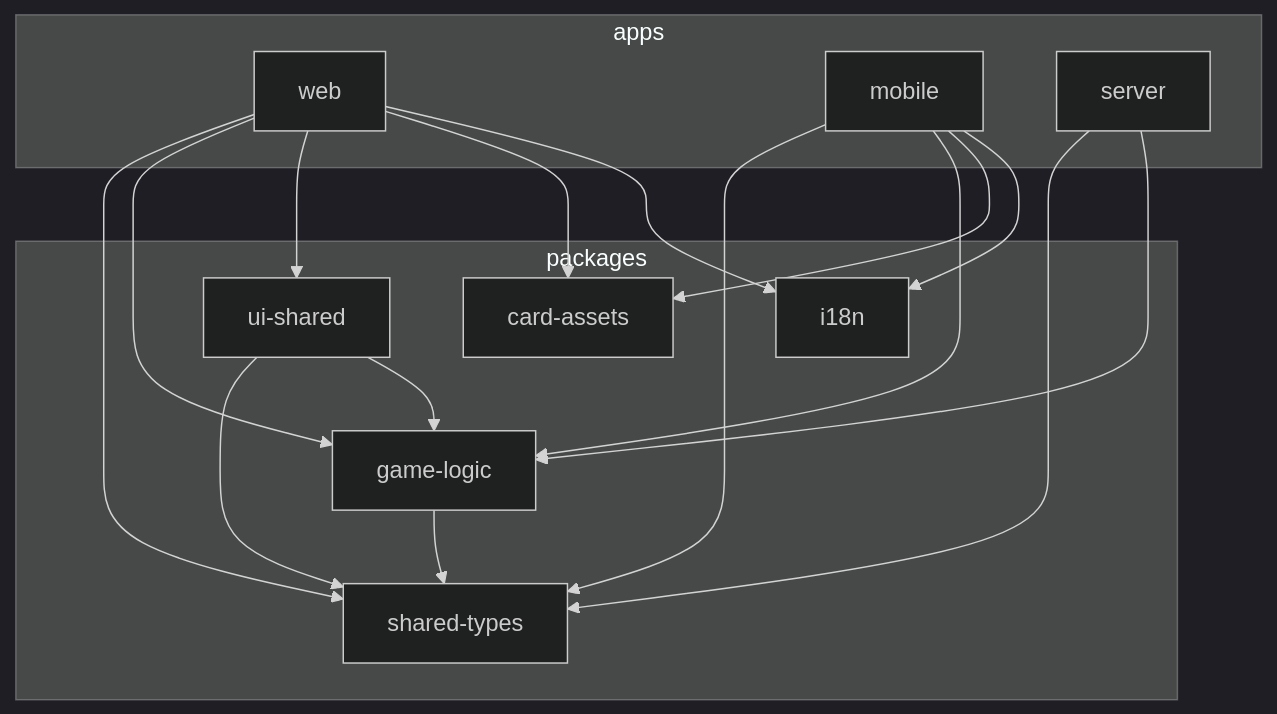
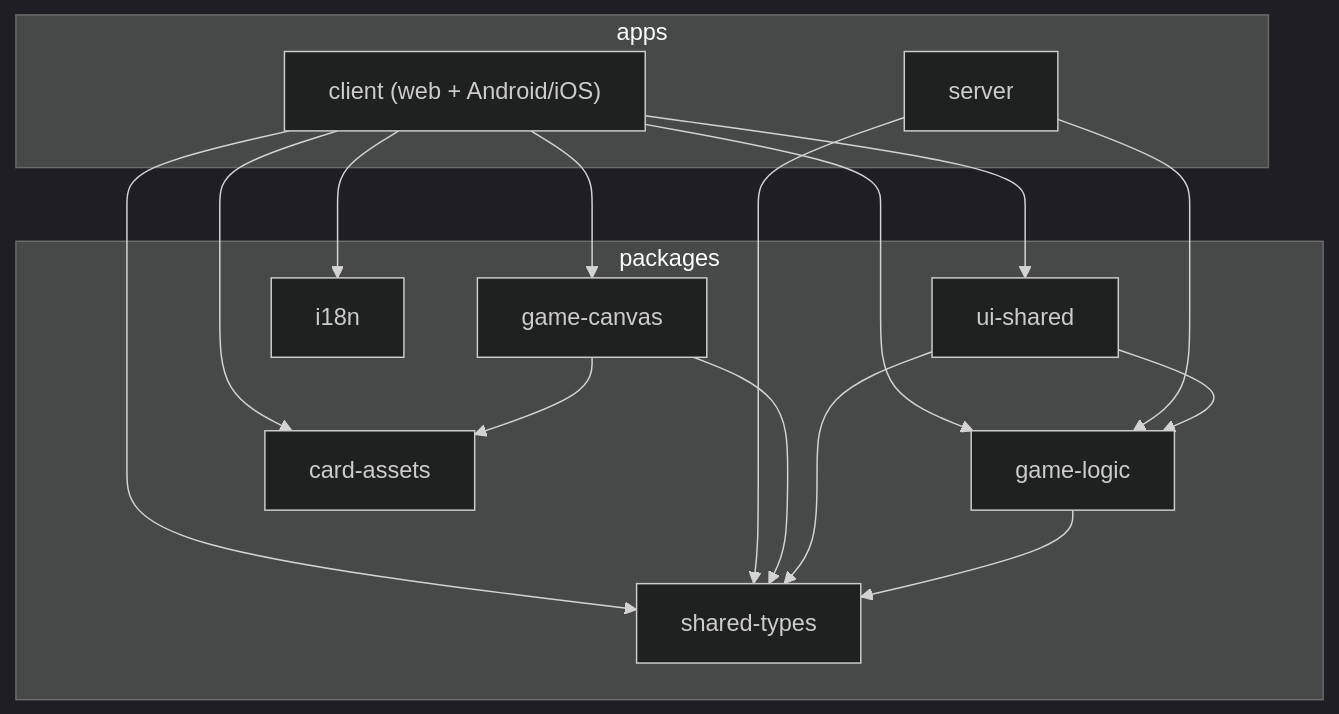
Before and after one commit to deglerj/dabb: the diagram in docs/arc42/05-building-block-view.md, drawn with Mermaid (dark theme). The commit also changed other lines of this file and 6 other files, not shown here.

````diff
--- a/docs/arc42/05-building-block-view.md
+++ b/docs/arc42/05-building-block-view.md
@@ -5,35 +5,34 @@
 ```mermaid
 flowchart TB
     subgraph apps
-        web
-        mobile
+        client["client (web + Android/iOS)"]
         server
     end
 
     subgraph packages
         types[shared-types]
         logic[game-logic]
+        canvas[game-canvas]
         ui[ui-shared]
         assets[card-assets]
         i18n[i18n]
     end
 
-    web --> types
-    web --> logic
-    web --> ui
-    web --> assets
-    web --> i18n
-
-    mobile --> types
-    mobile --> logic
-    mobile --> assets
-    mobile --> i18n
+    client --> types
+    client --> logic
+    client --> canvas
+    client --> ui
+    client --> assets
+    client --> i18n
 
     server --> types
     server --> logic
+
+    canvas --> types
+    canvas --> assets
 
     ui --> types
     ui --> logic
 
     logic --> types
 ```
````
